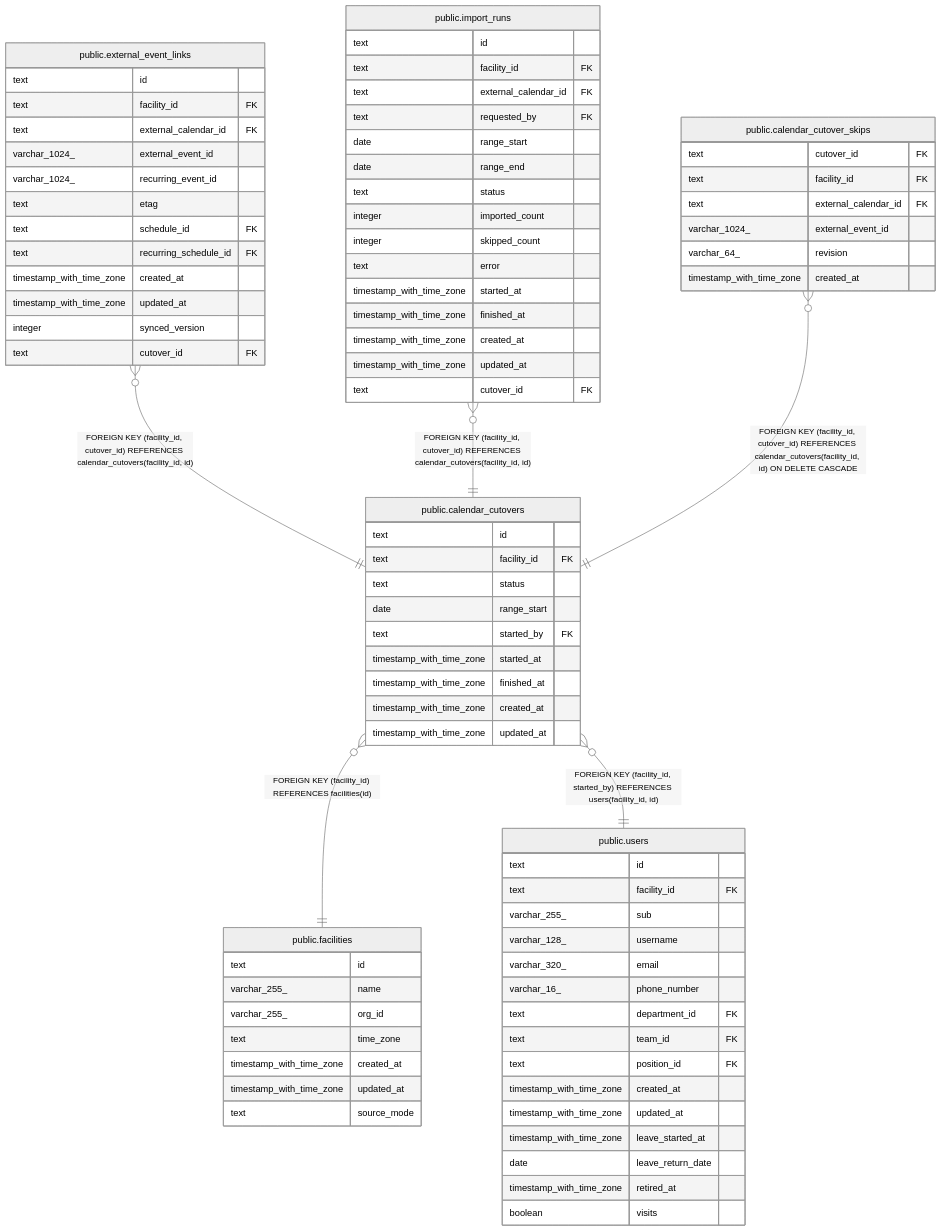
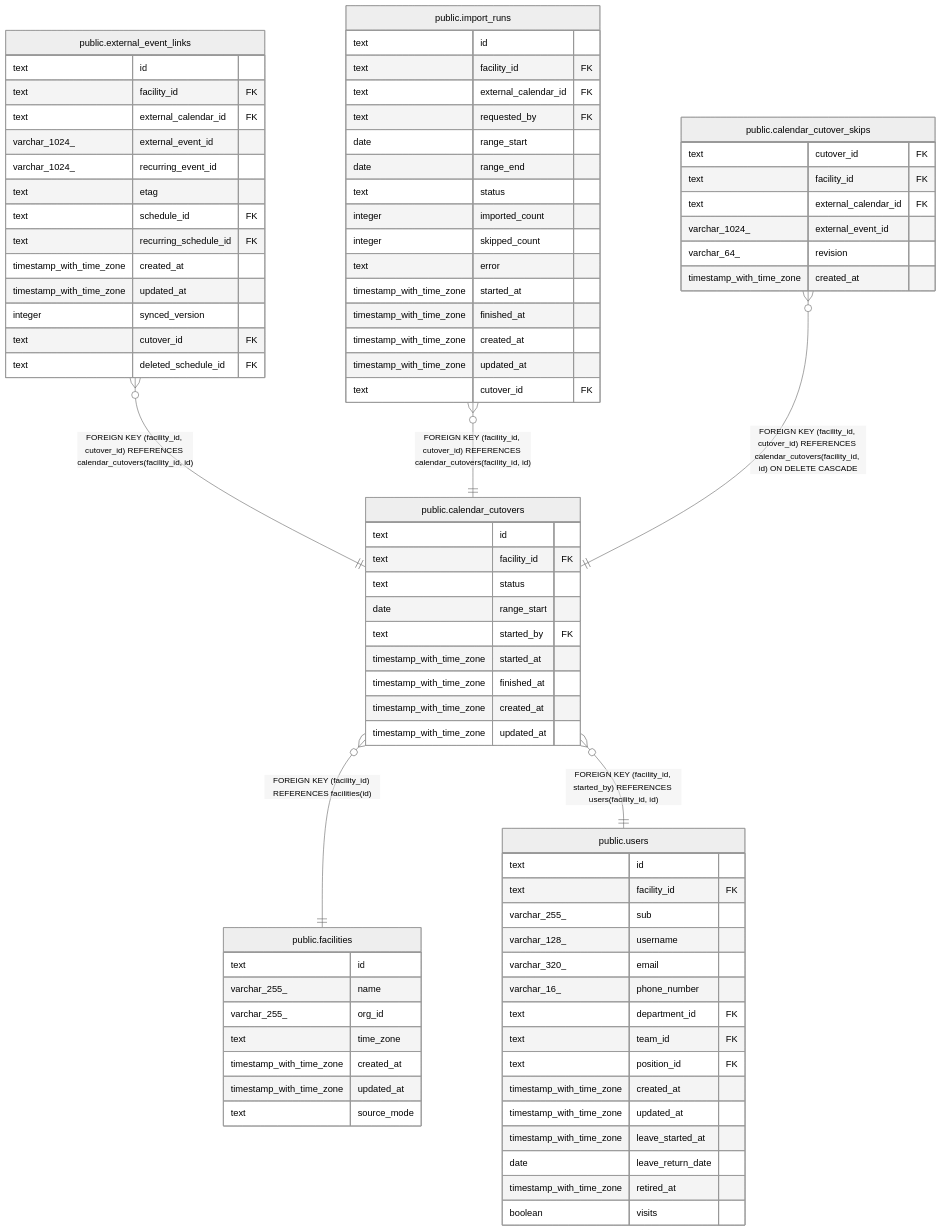
One commit to Fukuemon/buddy changed the diagram in docs/db/schedule/public.calendar_cutovers.md. Above: the diagram before and after it, drawn with Mermaid (neutral theme). The commit also changed 22 other files, not shown here.

```diff
--- a/docs/db/schedule/public.calendar_cutovers.md
+++ b/docs/db/schedule/public.calendar_cutovers.md
@@ -95,6 +95,7 @@
   timestamp_with_time_zone updated_at
   integer synced_version
   text cutover_id FK
+  text deleted_schedule_id FK
 }
 "public.import_runs" {
   text id
```
